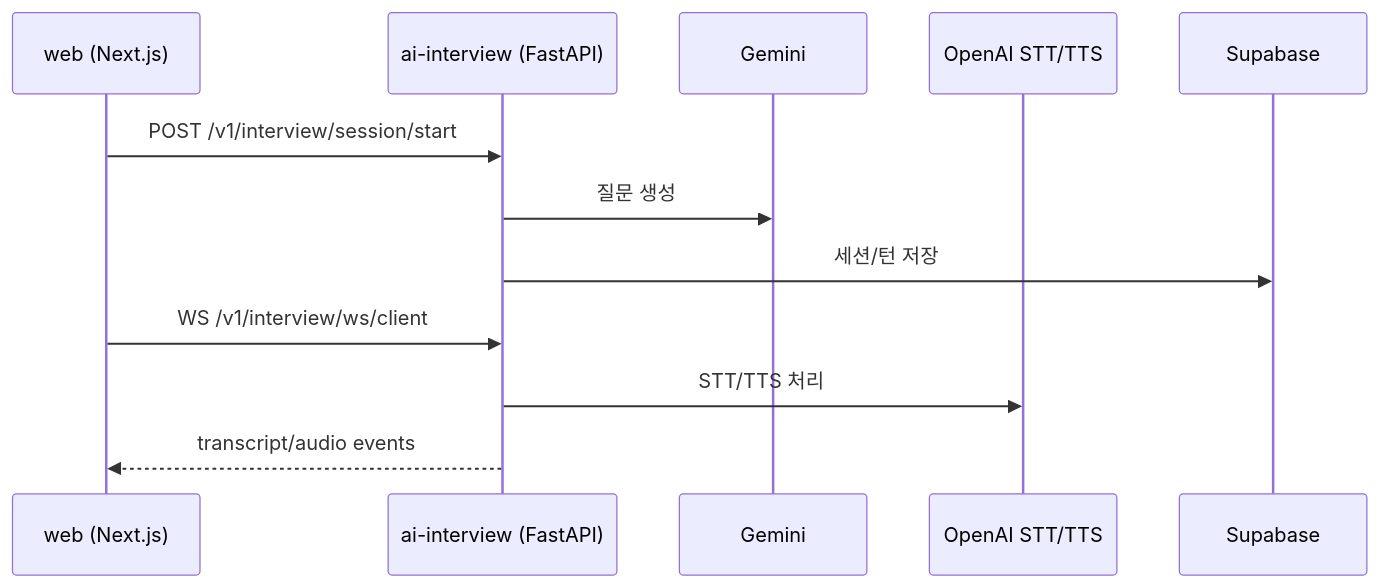
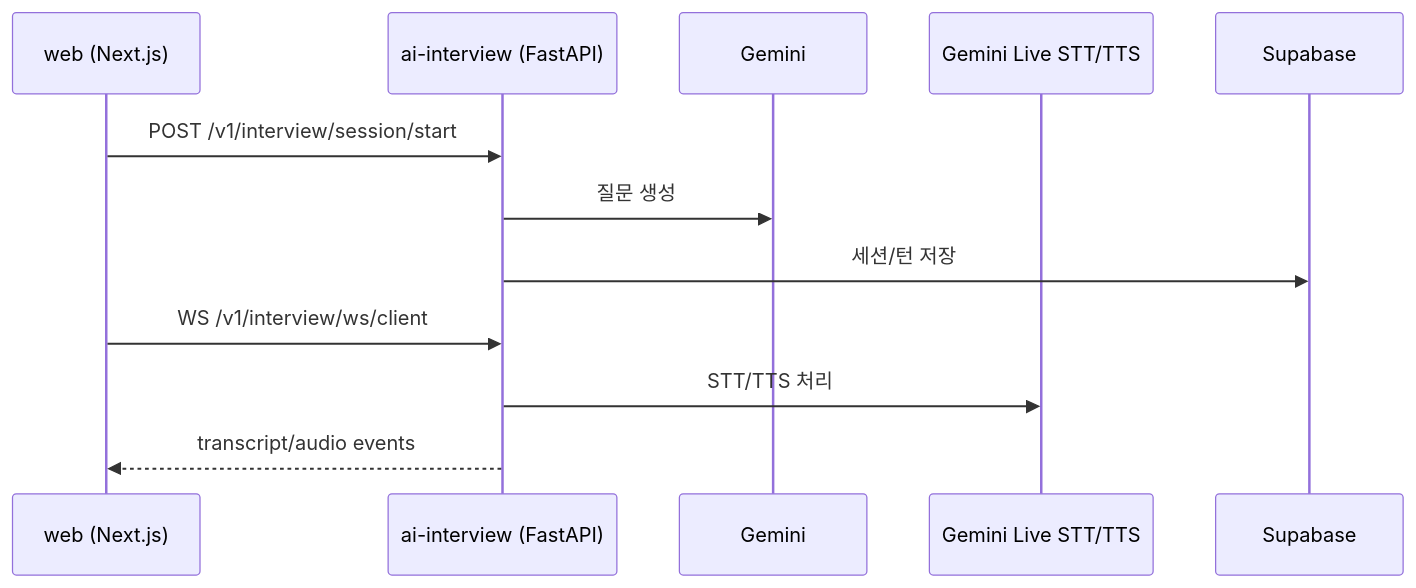
Before and after one commit to Buc-Capstone-Dibut/buc_Capstone_DEMO: the diagram in ai-interview/README.md, drawn with Mermaid. The commit also changed other lines of this file and 14 other files, not shown here.

Commit message:
refactor interview voice streaming and client tts queue

````diff
--- a/ai-interview/README.md
+++ b/ai-interview/README.md
@@ -7,15 +7,15 @@
 ```mermaid
 sequenceDiagram
     participant Web as web (Next.js)
     participant API as ai-interview (FastAPI)
     participant LLM as Gemini
-    participant VOICE as OpenAI STT/TTS
+    participant VOICE as Gemini Live STT/TTS
     participant DB as Supabase
 
     Web->>API: POST /v1/interview/session/start
     API->>LLM: 질문 생성
     API->>DB: 세션/턴 저장
     Web->>API: WS /v1/interview/ws/client
     API->>VOICE: STT/TTS 처리
     API-->>Web: transcript/audio events
 ```
````
